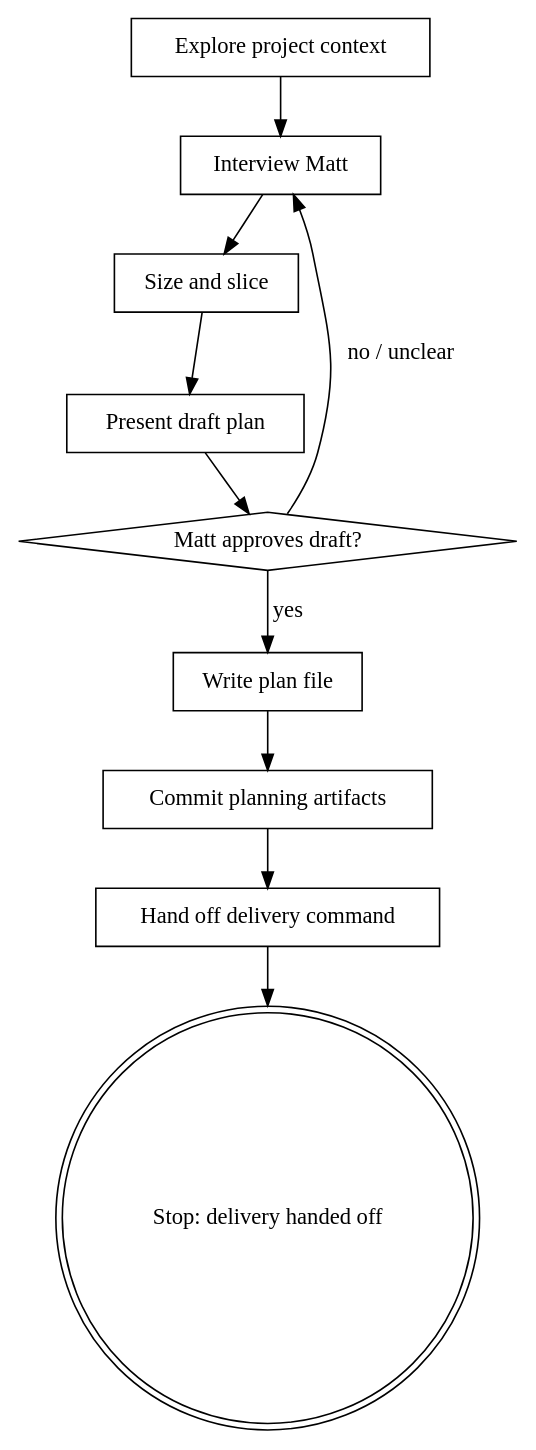
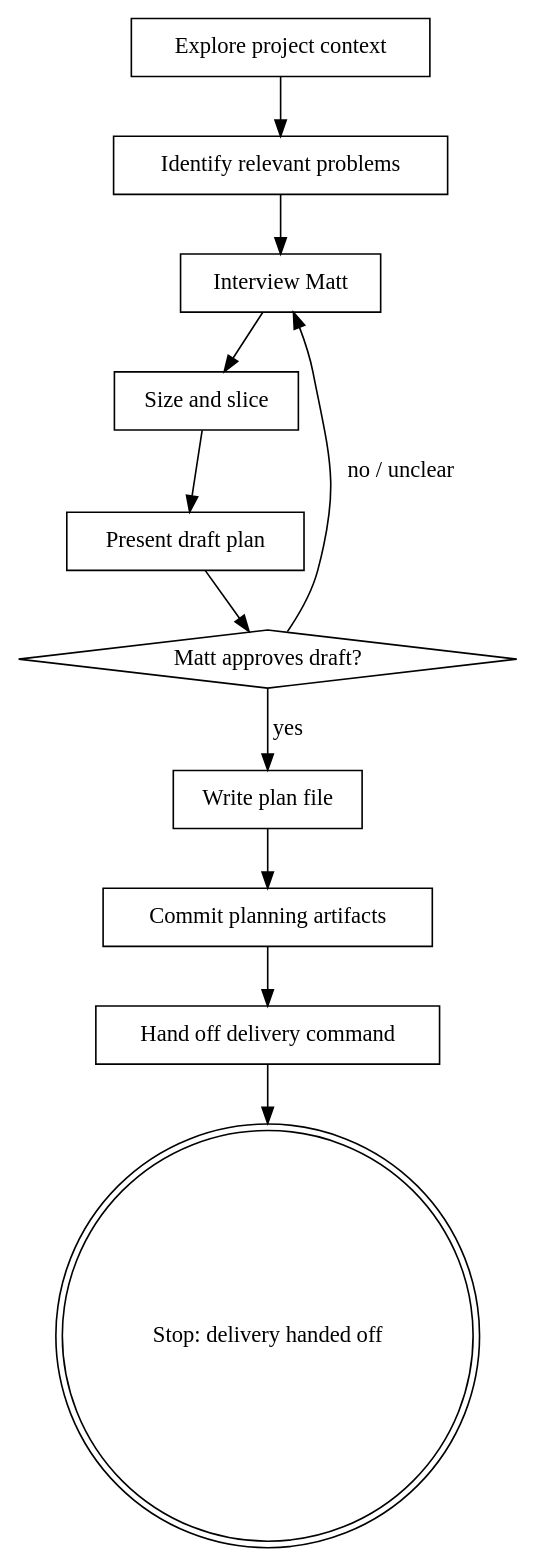
Before and after one commit to mattwynne/memba: the diagram in .pi/skills/iteration-planning/SKILL.md, drawn with Graphviz. The commit also changed other lines of this file and 15 other files, not shown here.

````diff
--- a/.pi/skills/iteration-planning/SKILL.md
+++ b/.pi/skills/iteration-planning/SKILL.md
@@ -34,23 +35,25 @@
 ```dot
 digraph iteration_planning {
     "Explore project context" [shape=box];
+    "Identify relevant problems" [shape=box];
     "Interview Matt" [shape=box];
     "Size and slice" [shape=box];
     "Present draft plan" [shape=box];
     "Matt approves draft?" [shape=diamond];
     "Write plan file" [shape=box];
     "Commit planning artifacts" [shape=box];
     "Hand off delivery command" [shape=box];
     "Stop: delivery handed off" [shape=doublecircle];
 
-    "Explore project context" -> "Interview Matt";
+    "Explore project context" -> "Identify relevant problems";
+    "Identify relevant problems" -> "Interview Matt";
     "Interview Matt" -> "Size and slice";
     "Size and slice" -> "Present draft plan";
     "Present draft plan" -> "Matt approves draft?";
     "Matt approves draft?" -> "Interview Matt" [label="no / unclear"];
     "Matt approves draft?" -> "Write plan file" [label="yes"];
     "Write plan file" -> "Commit planning artifacts";
     "Commit planning artifacts" -> "Hand off delivery command";
     "Hand off delivery command" -> "Stop: delivery handed off";
 }
 ```
````
